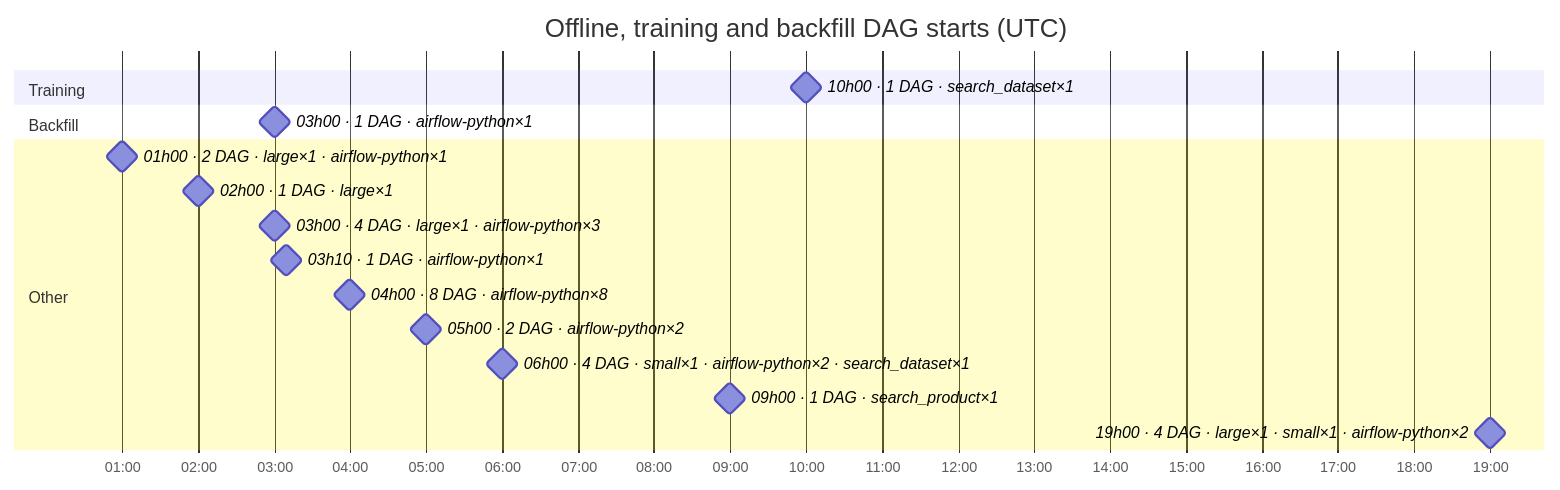
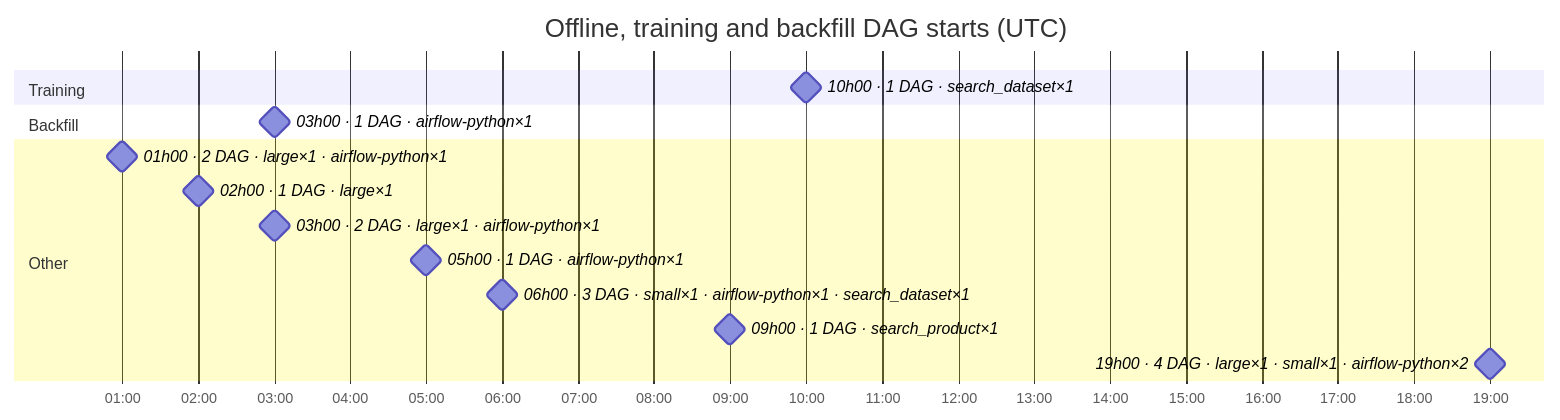
One commit to DayMarket/ml-feature-platform changed the sixth of 7 diagrams in docs/feature_platform_map.md. Above: the diagram before and after it, drawn with Mermaid. The commit also changed other lines of this file and 25 other files, not shown here.

````diff
--- a/docs/feature_platform_map.md
+++ b/docs/feature_platform_map.md
@@ -305,21 +288,19 @@
 ```mermaid
 gantt
     title Offline, training and backfill DAG starts (UTC)
     dateFormat HH:mm
     axisFormat %H:%M
     tickInterval 1hour
     section Training
     10h00 · 1 DAG · search_dataset×1 :milestone, s0_0600, 10:00, 0m
     section Backfill
     03h00 · 1 DAG · airflow-python×1 :milestone, s1_0180, 03:00, 0m
     section Other
     01h00 · 2 DAG · large×1 · airflow-python×1 :milestone, s2_0060, 01:00, 0m
     02h00 · 1 DAG · large×1 :milestone, s2_0120, 02:00, 0m
-    03h00 · 4 DAG · large×1 · airflow-python×3 :milestone, s2_0180, 03:00, 0m
-    03h10 · 1 DAG · airflow-python×1 :milestone, s2_0190, 03:10, 0m
-    04h00 · 8 DAG · airflow-python×8 :milestone, s2_0240, 04:00, 0m
-    05h00 · 2 DAG · airflow-python×2 :milestone, s2_0300, 05:00, 0m
-    06h00 · 4 DAG · small×1 · airflow-python×2 · search_dataset×1 :milestone, s2_0360, 06:00, 0m
+    03h00 · 2 DAG · large×1 · airflow-python×1 :milestone, s2_0180, 03:00, 0m
+    05h00 · 1 DAG · airflow-python×1 :milestone, s2_0300, 05:00, 0m
+    06h00 · 3 DAG · small×1 · airflow-python×1 · search_dataset×1 :milestone, s2_0360, 06:00, 0m
     09h00 · 1 DAG · search_product×1 :milestone, s2_0540, 09:00, 0m
     19h00 · 4 DAG · large×1 · small×1 · airflow-python×2 :milestone, s2_1140, 19:00, 0m
 ```
````
